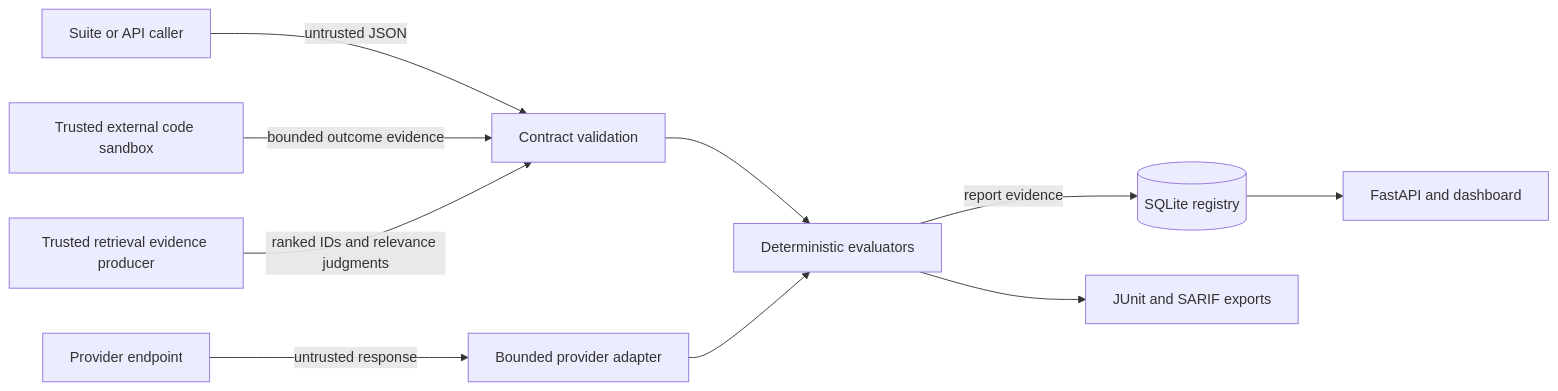
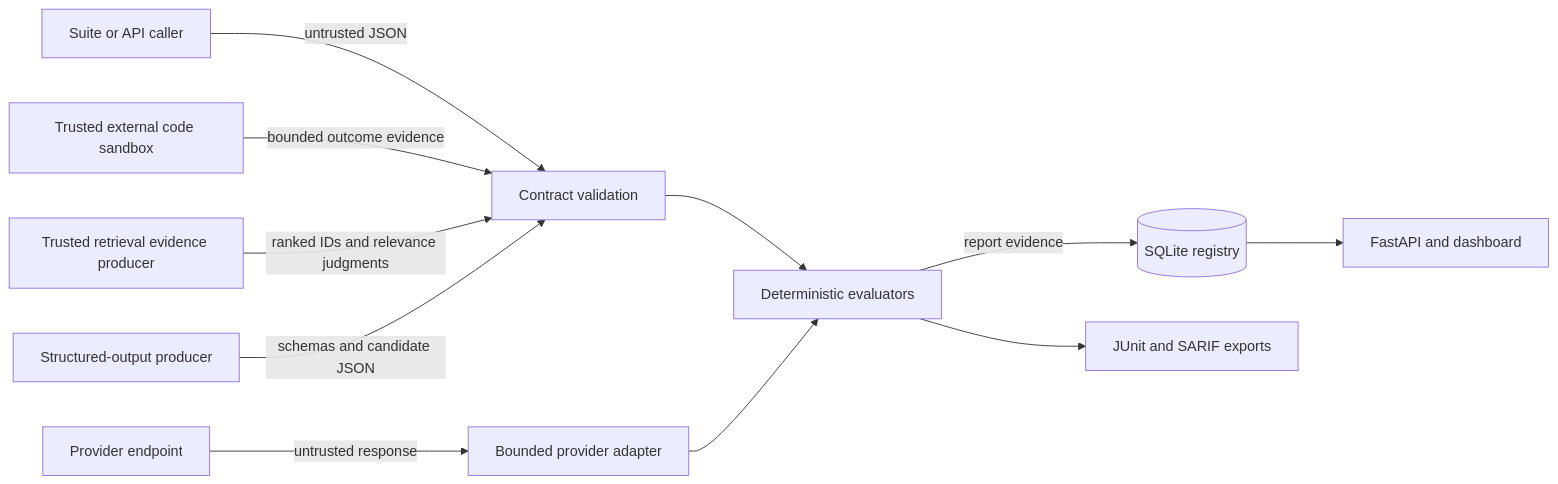
Before and after one commit to navaneeth9908/evalforge: the diagram in docs/threat-model.md, drawn with Mermaid. The commit also changed other lines of this file and 14 other files, not shown here.

Commit message:
add governed structured output evaluation

````diff
--- a/docs/threat-model.md
+++ b/docs/threat-model.md
@@ -32,12 +33,13 @@
 ```mermaid
 flowchart LR
     U[Suite or API caller] -->|untrusted JSON| V[Contract validation]
     V --> E[Deterministic evaluators]
     P[Provider endpoint] -->|untrusted response| A[Bounded provider adapter]
     A --> E
     E -->|report evidence| S[(SQLite registry)]
     S --> API[FastAPI and dashboard]
     E --> CI[JUnit and SARIF exports]
     H[Trusted external code sandbox] -->|bounded outcome evidence| V
     R[Trusted retrieval evidence producer] -->|ranked IDs and relevance judgments| V
+    J[Structured-output producer] -->|schemas and candidate JSON| V
 ```
````
